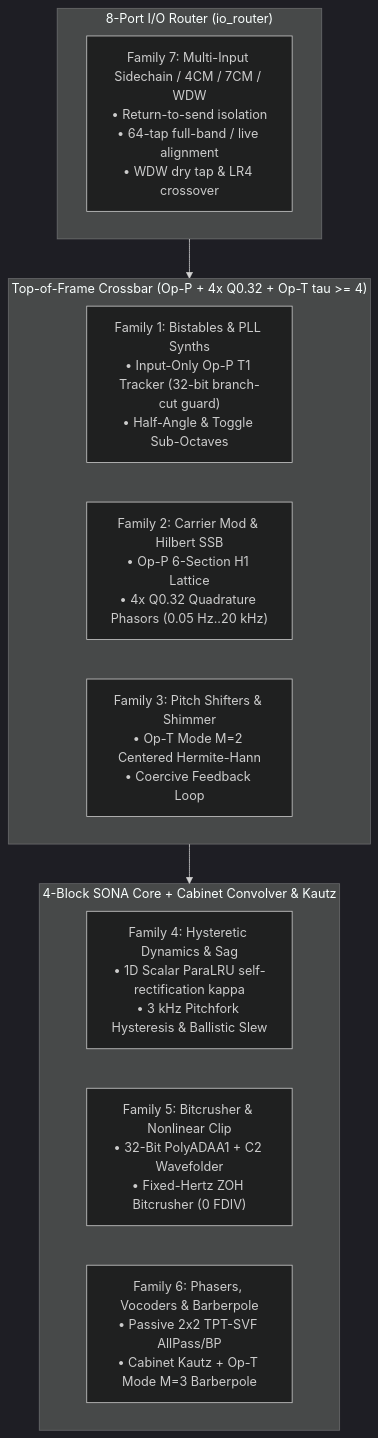
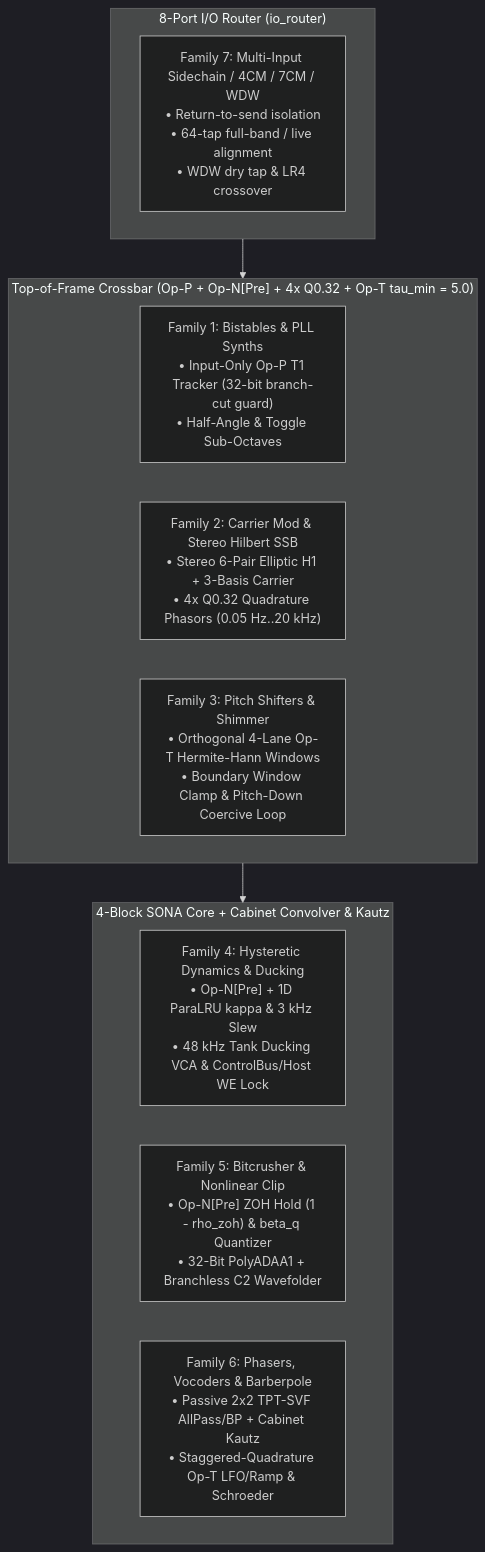
One commit to mokugen/dnam changed the seventh of 7 diagrams in docs/specs/architecture/sona_architecture.md. Above: the diagram before and after it, drawn with Mermaid (dark theme). The commit also changed other lines of this file and 34 other files, not shown here.

````diff
--- a/docs/specs/architecture/sona_architecture.md
+++ b/docs/specs/architecture/sona_architecture.md
@@ -600,20 +603,20 @@
 ```mermaid
 flowchart TD
     subgraph IoRouter ["8-Port I/O Router (io_router)"]
         F7["Family 7: Multi-Input Sidechain / 4CM / 7CM / WDW<br/>• Return-to-send isolation<br/>• 64-tap full-band / live alignment<br/>• WDW dry tap & LR4 crossover"]
     end
 
-    subgraph Crossbar ["Top-of-Frame Crossbar (Op-P + 4x Q0.32 + Op-T tau >= 4)"]
+    subgraph Crossbar ["Top-of-Frame Crossbar (Op-P + Op-N[Pre] + 4x Q0.32 + Op-T tau_min = 5.0)"]
         F1["Family 1: Bistables & PLL Synths<br/>• Input-Only Op-P T1 Tracker (32-bit branch-cut guard)<br/>• Half-Angle & Toggle Sub-Octaves"]
-        F2["Family 2: Carrier Mod & Hilbert SSB<br/>• Op-P 6-Section H1 Lattice<br/>• 4x Q0.32 Quadrature Phasors (0.05 Hz..20 kHz)"]
-        F3["Family 3: Pitch Shifters & Shimmer<br/>• Op-T Mode M=2 Centered Hermite-Hann<br/>• Coercive Feedback Loop"]
+        F2["Family 2: Carrier Mod & Stereo Hilbert SSB<br/>• Stereo 6-Pair Elliptic H1 + 3-Basis Carrier<br/>• 4x Q0.32 Quadrature Phasors (0.05 Hz..20 kHz)"]
+        F3["Family 3: Pitch Shifters & Shimmer<br/>• Orthogonal 4-Lane Op-T Hermite-Hann Windows<br/>• Boundary Window Clamp & Pitch-Down Coercive Loop"]
     end
 
     subgraph CoreAndCab ["4-Block SONA Core + Cabinet Convolver & Kautz"]
-        F4["Family 4: Hysteretic Dynamics & Sag<br/>• 1D Scalar ParaLRU self-rectification kappa<br/>• 3 kHz Pitchfork Hysteresis & Ballistic Slew"]
-        F5["Family 5: Bitcrusher & Nonlinear Clip<br/>• 32-Bit PolyADAA1 + C2 Wavefolder<br/>• Fixed-Hertz ZOH Bitcrusher (0 FDIV)"]
-        F6["Family 6: Phasers, Vocoders & Barberpole<br/>• Passive 2x2 TPT-SVF AllPass/BP<br/>• Cabinet Kautz + Op-T Mode M=3 Barberpole"]
+        F4["Family 4: Hysteretic Dynamics & Ducking<br/>• Op-N[Pre] + 1D ParaLRU kappa & 3 kHz Slew<br/>• 48 kHz Tank Ducking VCA & ControlBus/Host WE Lock"]
+        F5["Family 5: Bitcrusher & Nonlinear Clip<br/>• Op-N[Pre] ZOH Hold (1 - rho_zoh) & beta_q Quantizer<br/>• 32-Bit PolyADAA1 + Branchless C2 Wavefolder"]
+        F6["Family 6: Phasers, Vocoders & Barberpole<br/>• Passive 2x2 TPT-SVF AllPass/BP + Cabinet Kautz<br/>• Staggered-Quadrature Op-T LFO/Ramp & Schroeder"]
     end
 
     IoRouter --> Crossbar --> CoreAndCab
 ```
````
